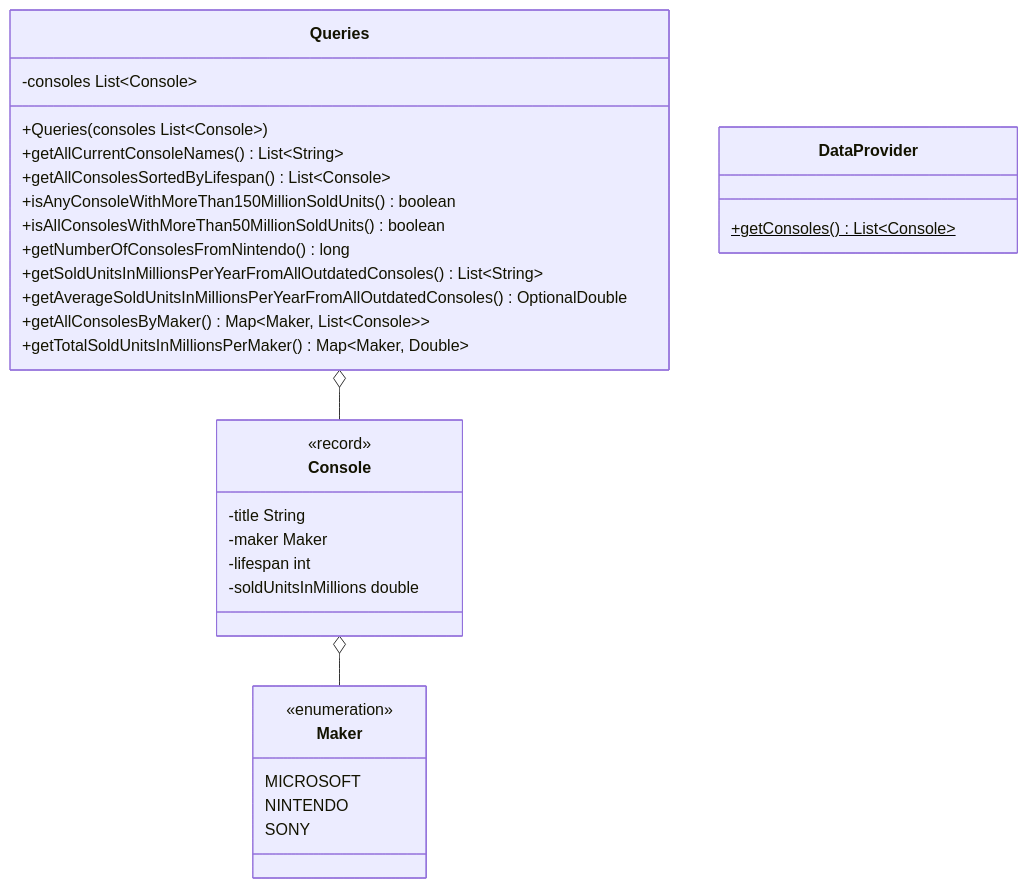
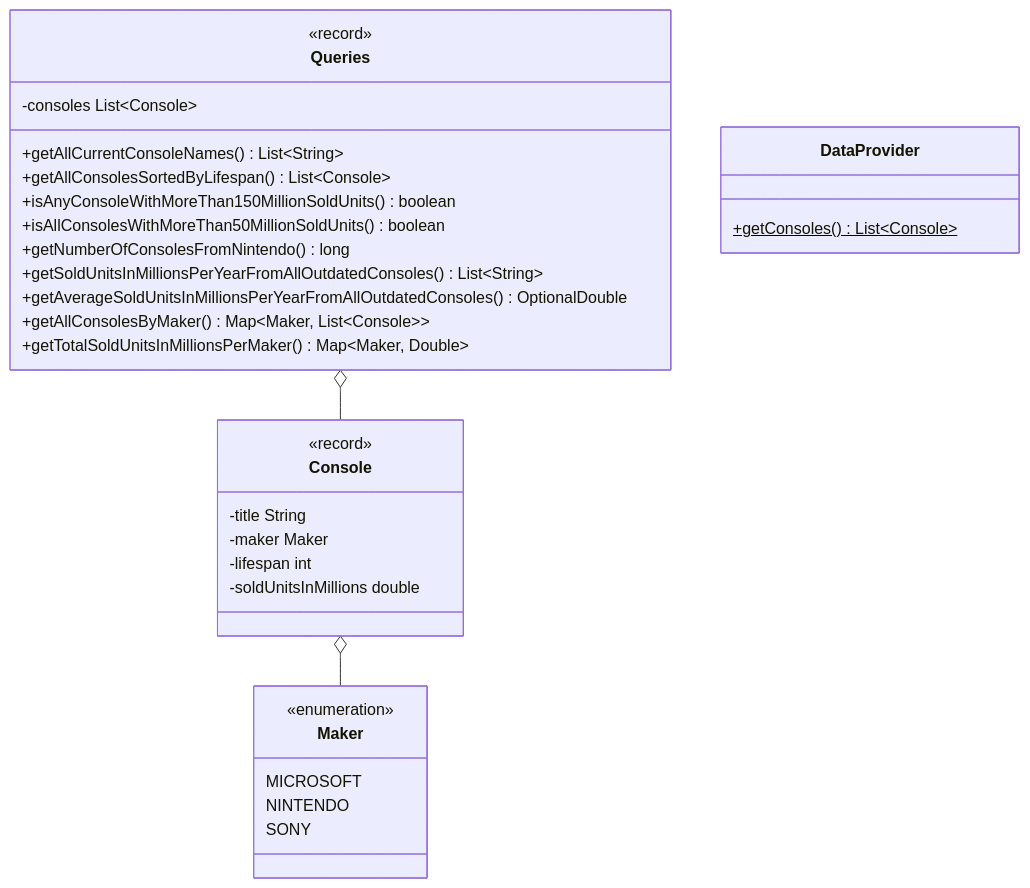
The diagram in docs/exercises/java-stream-api/java-stream-api01.md (jappuccini/java-docs), drawn with Mermaid before and after one commit. The commit also changed 17 other files, not shown here.

Commit message:
update cheatsheets, mermaids and test-classes

````diff
--- a/docs/exercises/java-stream-api/java-stream-api01.md
+++ b/docs/exercises/java-stream-api/java-stream-api01.md
@@ -14,38 +14,38 @@
 ```mermaid
 classDiagram
     Console o-- Maker
     Queries o-- Console
 
     class Maker {
         <<enumeration>>
         MICROSOFT
         NINTENDO
         SONY
     }
 
     class Console {
         <<record>>
         -title String
         -maker Maker
         -lifespan int
         -soldUnitsInMillions double
     }
 
     class DataProvider {
         +getConsoles()$ List~Console~
     }
 
     class Queries {
+        <<record>>
         -consoles List~Console~
-        +Queries(consoles List~Console~)
         +getAllCurrentConsoleNames() List~String~
         +getAllConsolesSortedByLifespan() List~Console~
         +isAnyConsoleWithMoreThan150MillionSoldUnits() boolean
         +isAllConsolesWithMoreThan50MillionSoldUnits() boolean
         +getNumberOfConsolesFromNintendo() long
         +getSoldUnitsInMillionsPerYearFromAllOutdatedConsoles() List~String~
         +getAverageSoldUnitsInMillionsPerYearFromAllOutdatedConsoles() OptionalDouble
         +getAllConsolesByMaker() Map~Maker&#44&#160List~Console~~
         +getTotalSoldUnitsInMillionsPerMaker() Map~Maker&#44&#160Double~
     }
 ```
````
